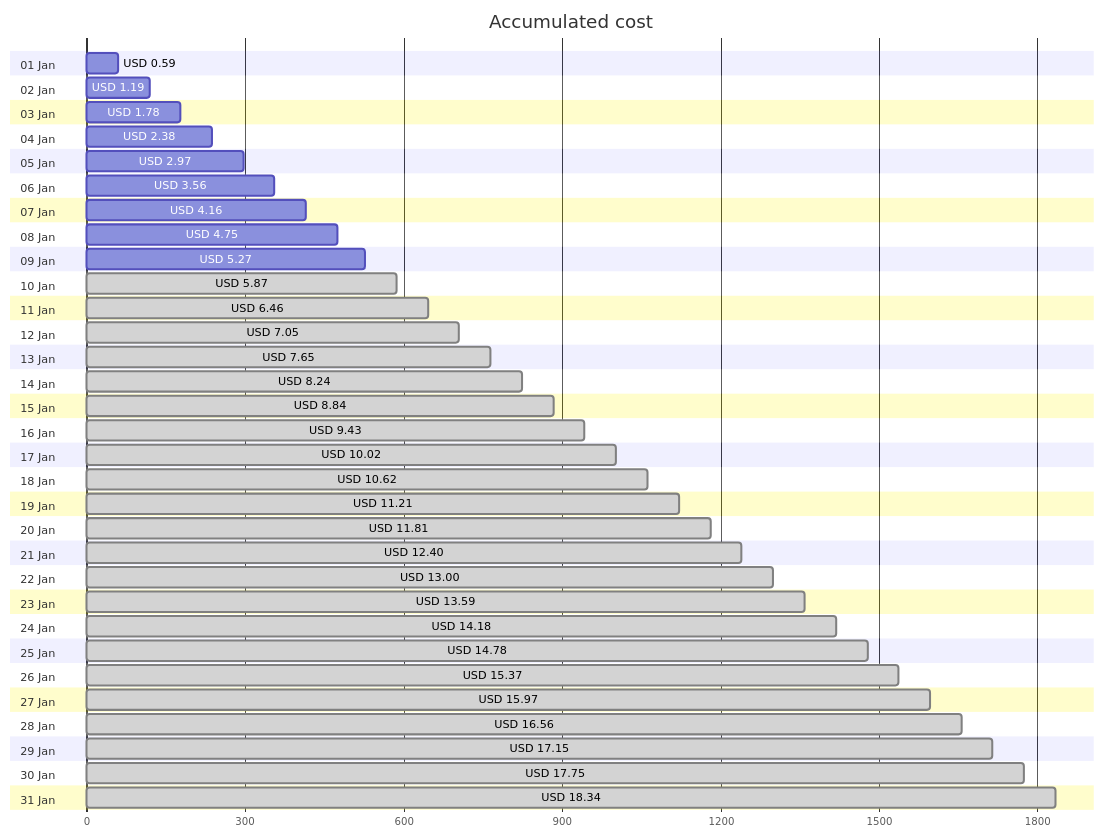
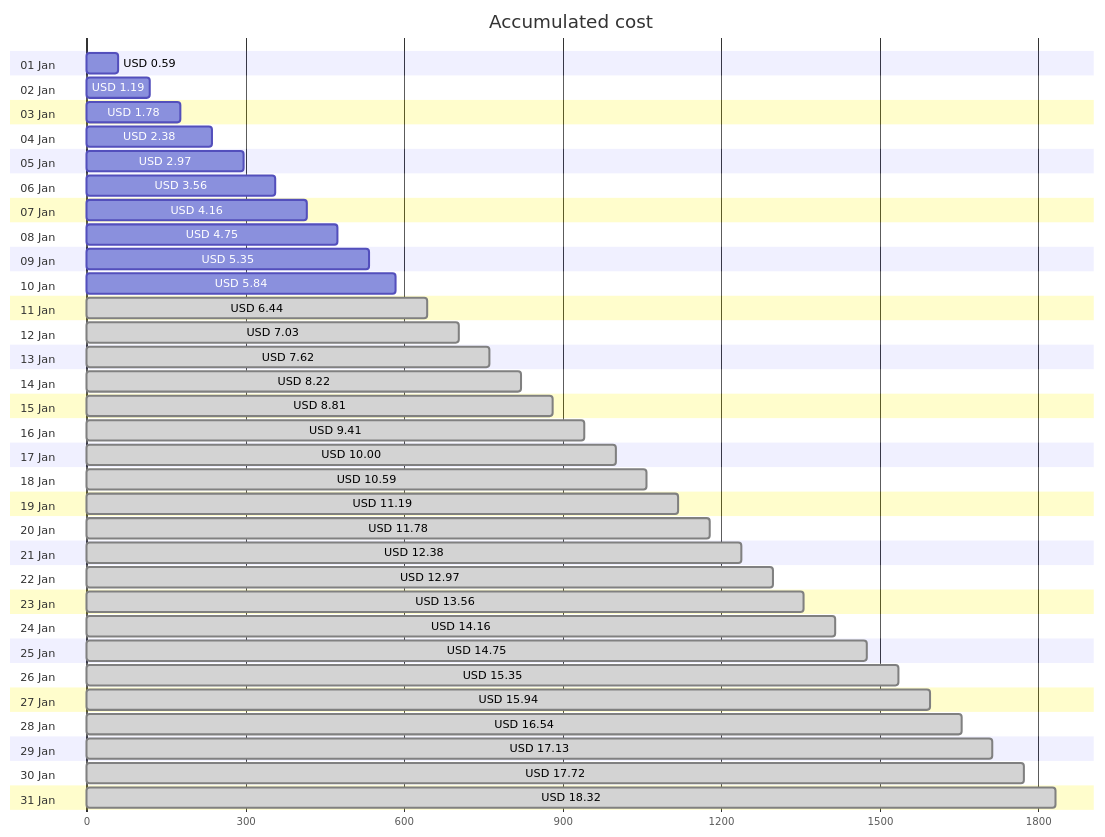
Before and after one commit to jpfulton/azure-personal-reports: the first of 4 diagrams in cost-reports/personal-site/README.md, drawn with Mermaid. The commit also changed other lines of this file and 6 other files, not shown here.

````diff
--- a/cost-reports/personal-site/README.md
+++ b/cost-reports/personal-site/README.md
@@ -20,68 +20,68 @@
 ```mermaid
 gantt
    title Accumulated cost
    dateFormat  X
    axisFormat %s
    section 01 Jan
    USD 0.59 :0, 59
    section 02 Jan
    USD 1.19 :0, 119
    section 03 Jan
    USD 1.78 :0, 178
    section 04 Jan
    USD 2.38 :0, 238
    section 05 Jan
    USD 2.97 :0, 297
    section 06 Jan
    USD 3.56 :0, 356
    section 07 Jan
    USD 4.16 :0, 416
    section 08 Jan
    USD 4.75 :0, 475
    section 09 Jan
-   USD 5.27 :0, 527
+   USD 5.35 :0, 535
    section 10 Jan
-   USD 5.87 : done, 0, 587
+   USD 5.84 :0, 584
    section 11 Jan
-   USD 6.46 : done, 0, 646
+   USD 6.44 : done, 0, 644
    section 12 Jan
-   USD 7.05 : done, 0, 705
+   USD 7.03 : done, 0, 703
    section 13 Jan
-   USD 7.65 : done, 0, 765
+   USD 7.62 : done, 0, 762
    section 14 Jan
-   USD 8.24 : done, 0, 824
+   USD 8.22 : done, 0, 822
    section 15 Jan
-   USD 8.84 : done, 0, 884
+   USD 8.81 : done, 0, 881
    section 16 Jan
-   USD 9.43 : done, 0, 943
+   USD 9.41 : done, 0, 941
    section 17 Jan
-   USD 10.02 : done, 0, 1002
+   USD 10.00 : done, 0, 1000
    section 18 Jan
-   USD 10.62 : done, 0, 1062
+   USD 10.59 : done, 0, 1059
    section 19 Jan
-   USD 11.21 : done, 0, 1121
+   USD 11.19 : done, 0, 1119
    section 20 Jan
-   USD 11.81 : done, 0, 1181
+   USD 11.78 : done, 0, 1178
    section 21 Jan
-   USD 12.40 : done, 0, 1240
+   USD 12.38 : done, 0, 1238
    section 22 Jan
-   USD 13.00 : done, 0, 1300
+   USD 12.97 : done, 0, 1297
    section 23 Jan
-   USD 13.59 : done, 0, 1359
+   USD 13.56 : done, 0, 1356
    section 24 Jan
-   USD 14.18 : done, 0, 1418
+   USD 14.16 : done, 0, 1416
    section 25 Jan
-   USD 14.78 : done, 0, 1478
+   USD 14.75 : done, 0, 1475
    section 26 Jan
-   USD 15.37 : done, 0, 1537
+   USD 15.35 : done, 0, 1535
    section 27 Jan
-   USD 15.97 : done, 0, 1597
+   USD 15.94 : done, 0, 1594
    section 28 Jan
-   USD 16.56 : done, 0, 1656
+   USD 16.54 : done, 0, 1654
    section 29 Jan
-   USD 17.15 : done, 0, 1715
+   USD 17.13 : done, 0, 1713
    section 30 Jan
-   USD 17.75 : done, 0, 1775
+   USD 17.72 : done, 0, 1772
    section 31 Jan
-   USD 18.34 : done, 0, 1834
+   USD 18.32 : done, 0, 1832
 ```
````
